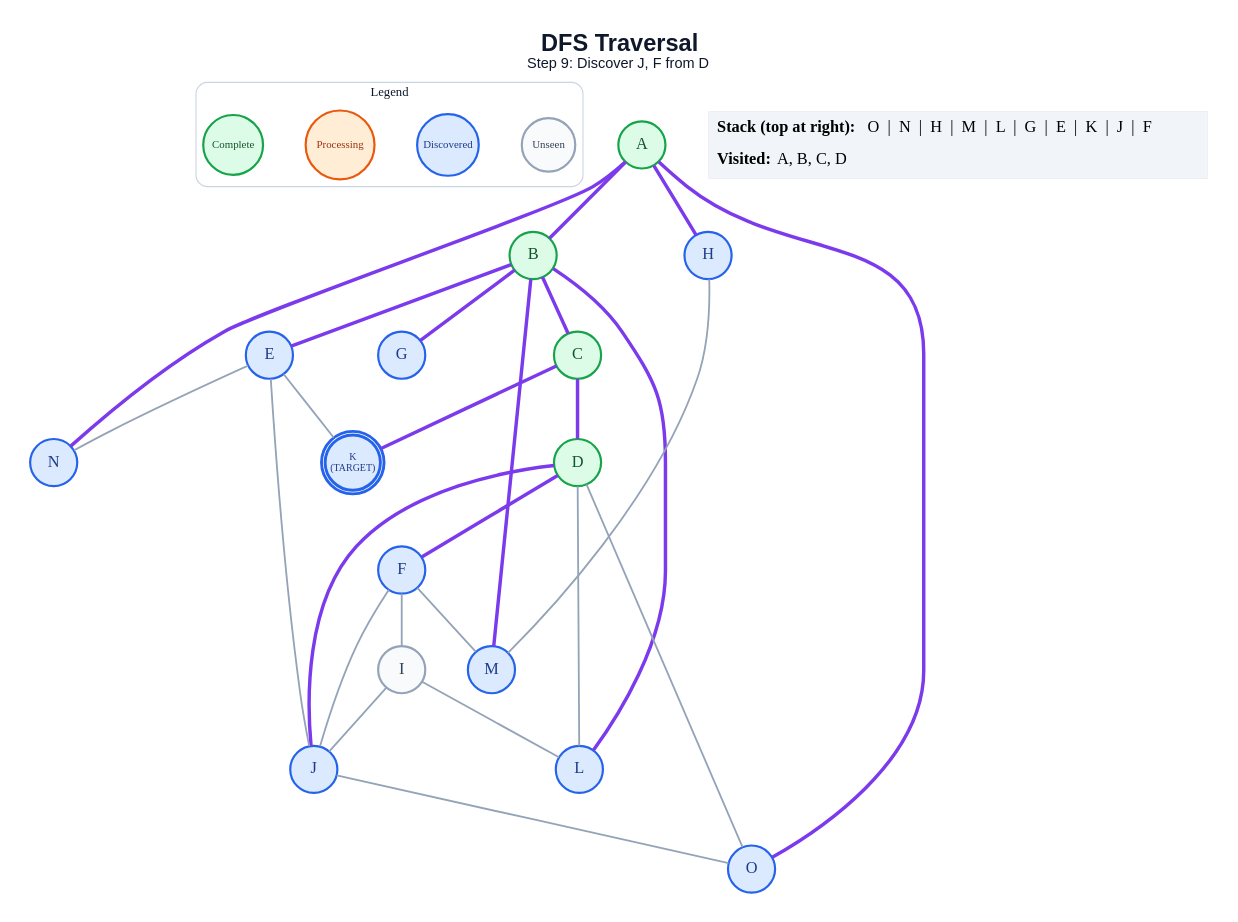
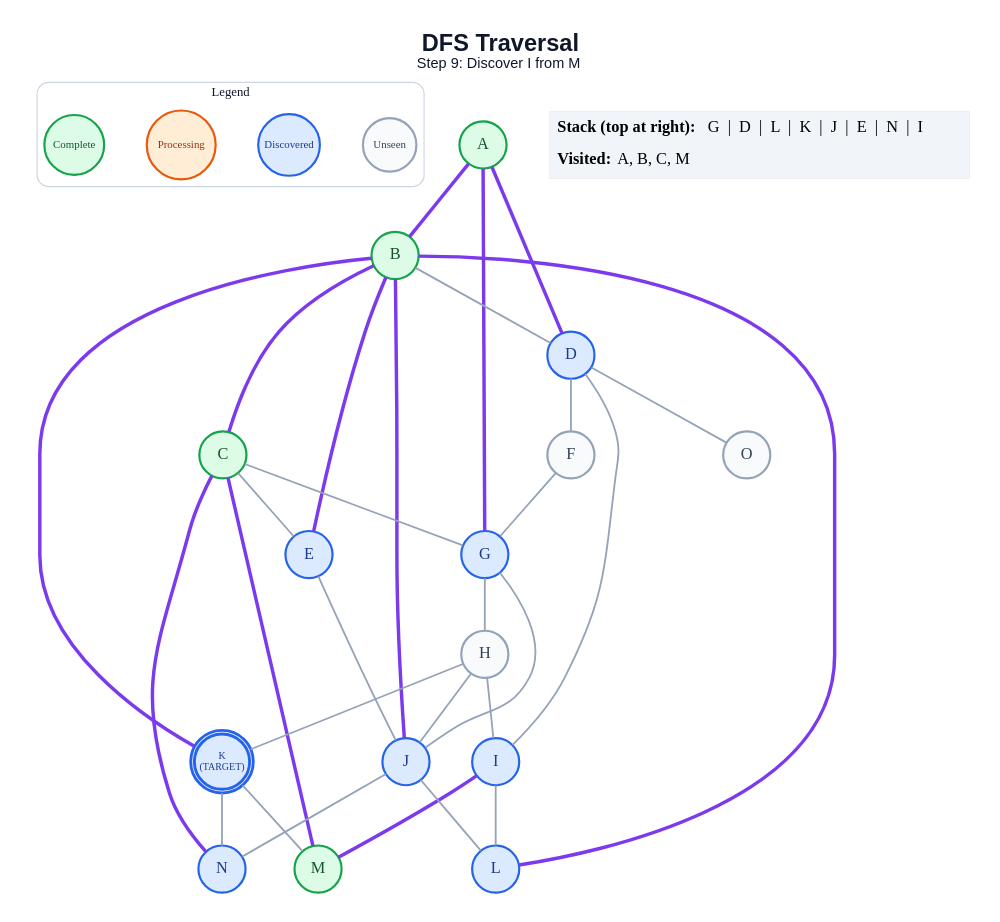
Before and after one commit to anon7238593-create/ai-slop: the diagram in generated/dfs/step_09.dot, drawn with Graphviz. The commit also changed 253 other files, not shown here.

```diff
--- a/generated/dfs/step_09.dot
+++ b/generated/dfs/step_09.dot
@@ -1,59 +1,63 @@
 graph traversal {
   graph [layout=dot, rankdir=TB, bgcolor="#FFFFFF", pad="0.35", nodesep="0.65", ranksep="0.8", fontname="Arial"];
   node [shape=circle, style="filled", fontname="Arial Bold", fontsize=18, width=0.72, fixedsize=true, penwidth=2.4];
   edge [color="#94A3B8", penwidth=2.0];
-  label=<<B>DFS Traversal</B><BR/><FONT POINT-SIZE="16">Step 9: Discover J, F from D</FONT>>; labelloc="t"; fontsize=26; fontname="Arial"; fontcolor="#0F172A";
+  label=<<B>DFS Traversal</B><BR/><FONT POINT-SIZE="16">Step 9: Discover I from M</FONT>>; labelloc="t"; fontsize=26; fontname="Arial"; fontcolor="#0F172A";
   subgraph cluster_legend { label="Legend"; color="#CBD5E1"; penwidth=1.2; style="rounded"; fontsize=14; fontname="Arial Bold";
     key_unseen [label="Unseen", fillcolor="#F8FAFC", color="#94A3B8", fontcolor="#334155", fontsize=12, width=0.82];
     key_frontier [label="Discovered", fillcolor="#DBEAFE", color="#2563EB", fontcolor="#1E3A8A", fontsize=12, width=0.95];
     key_current [label="Processing", fillcolor="#FFEDD5", color="#EA580C", fontcolor="#9A3412", fontsize=12, width=1.05];
     key_done [label="Complete", fillcolor="#DCFCE7", color="#16A34A", fontcolor="#14532D", fontsize=12, width=0.92];
     { rank=same; key_unseen; key_frontier; key_current; key_done; }
   }
   A [label="A", fillcolor="#DCFCE7", color="#16A34A", fontcolor="#14532D", peripheries=1, penwidth=2.4];
   B [label="B", fillcolor="#DCFCE7", color="#16A34A", fontcolor="#14532D", peripheries=1, penwidth=2.4];
   C [label="C", fillcolor="#DCFCE7", color="#16A34A", fontcolor="#14532D", peripheries=1, penwidth=2.4];
-  D [label="D", fillcolor="#DCFCE7", color="#16A34A", fontcolor="#14532D", peripheries=1, penwidth=2.4];
+  D [label="D", fillcolor="#DBEAFE", color="#2563EB", fontcolor="#1E3A8A", peripheries=1, penwidth=2.4];
   E [label="E", fillcolor="#DBEAFE", color="#2563EB", fontcolor="#1E3A8A", peripheries=1, penwidth=2.4];
-  F [label="F", fillcolor="#DBEAFE", color="#2563EB", fontcolor="#1E3A8A", peripheries=1, penwidth=2.4];
+  F [label="F", fillcolor="#F8FAFC", color="#94A3B8", fontcolor="#334155", peripheries=1, penwidth=2.4];
   G [label="G", fillcolor="#DBEAFE", color="#2563EB", fontcolor="#1E3A8A", peripheries=1, penwidth=2.4];
-  H [label="H", fillcolor="#DBEAFE", color="#2563EB", fontcolor="#1E3A8A", peripheries=1, penwidth=2.4];
-  I [label="I", fillcolor="#F8FAFC", color="#94A3B8", fontcolor="#334155", peripheries=1, penwidth=2.4];
+  H [label="H", fillcolor="#F8FAFC", color="#94A3B8", fontcolor="#334155", peripheries=1, penwidth=2.4];
+  I [label="I", fillcolor="#DBEAFE", color="#2563EB", fontcolor="#1E3A8A", peripheries=1, penwidth=2.4];
   J [label="J", fillcolor="#DBEAFE", color="#2563EB", fontcolor="#1E3A8A", peripheries=1, penwidth=2.4];
   K [label="K\n(TARGET)", fillcolor="#DBEAFE", color="#2563EB", fontcolor="#1E3A8A", peripheries=2, penwidth=3.2, fontsize=11, width=0.85, height=0.85];
   L [label="L", fillcolor="#DBEAFE", color="#2563EB", fontcolor="#1E3A8A", peripheries=1, penwidth=2.4];
-  M [label="M", fillcolor="#DBEAFE", color="#2563EB", fontcolor="#1E3A8A", peripheries=1, penwidth=2.4];
+  M [label="M", fillcolor="#DCFCE7", color="#16A34A", fontcolor="#14532D", peripheries=1, penwidth=2.4];
   N [label="N", fillcolor="#DBEAFE", color="#2563EB", fontcolor="#1E3A8A", peripheries=1, penwidth=2.4];
-  O [label="O", fillcolor="#DBEAFE", color="#2563EB", fontcolor="#1E3A8A", peripheries=1, penwidth=2.4];
+  O [label="O", fillcolor="#F8FAFC", color="#94A3B8", fontcolor="#334155", peripheries=1, penwidth=2.4];
   A -- B [color="#7C3AED", penwidth=3.8];
-  A -- H [color="#7C3AED", penwidth=3.8];
-  A -- N [color="#7C3AED", penwidth=3.8];
-  A -- O [color="#7C3AED", penwidth=3.8];
+  A -- D [color="#7C3AED", penwidth=3.8];
+  A -- G [color="#7C3AED", penwidth=3.8];
   B -- C [color="#7C3AED", penwidth=3.8];
+  B -- D;
   B -- E [color="#7C3AED", penwidth=3.8];
-  B -- G [color="#7C3AED", penwidth=3.8];
+  B -- J [color="#7C3AED", penwidth=3.8];
+  B -- K [color="#7C3AED", penwidth=3.8];
   B -- L [color="#7C3AED", penwidth=3.8];
-  B -- M [color="#7C3AED", penwidth=3.8];
-  C -- D [color="#7C3AED", penwidth=3.8];
-  C -- K [color="#7C3AED", penwidth=3.8];
-  D -- F [color="#7C3AED", penwidth=3.8];
-  D -- J [color="#7C3AED", penwidth=3.8];
-  D -- L;
+  C -- E;
+  C -- G;
+  C -- M [color="#7C3AED", penwidth=3.8];
+  C -- N [color="#7C3AED", penwidth=3.8];
+  D -- F;
+  D -- I;
   D -- O;
   E -- J;
-  E -- K;
-  E -- N;
-  F -- I;
-  F -- J;
-  F -- M;
-  H -- M;
-  I -- J;
+  F -- G;
+  G -- H;
+  G -- J;
+  H -- I;
+  H -- J;
+  H -- K;
   I -- L;
-  J -- O;
+  I -- M [color="#7C3AED", penwidth=3.8];
+  J -- L;
+  J -- N;
+  K -- M;
+  K -- N;
   status [shape=plain, fixedsize=false, width=0, height=0, margin=0, label=<
     <TABLE BORDER="0" CELLBORDER="0" CELLPADDING="7" BGCOLOR="#F1F5F9">
-      <TR><TD ALIGN="LEFT"><B>Stack (top at right):</B> O  |  N  |  H  |  M  |  L  |  G  |  E  |  K  |  J  |  F</TD></TR>
-      <TR><TD ALIGN="LEFT"><B>Visited:</B> A, B, C, D</TD></TR>
+      <TR><TD ALIGN="LEFT"><B>Stack (top at right):</B> G  |  D  |  L  |  K  |  J  |  E  |  N  |  I</TD></TR>
+      <TR><TD ALIGN="LEFT"><B>Visited:</B> A, B, C, M</TD></TR>
     </TABLE>
   >];
 }
```
